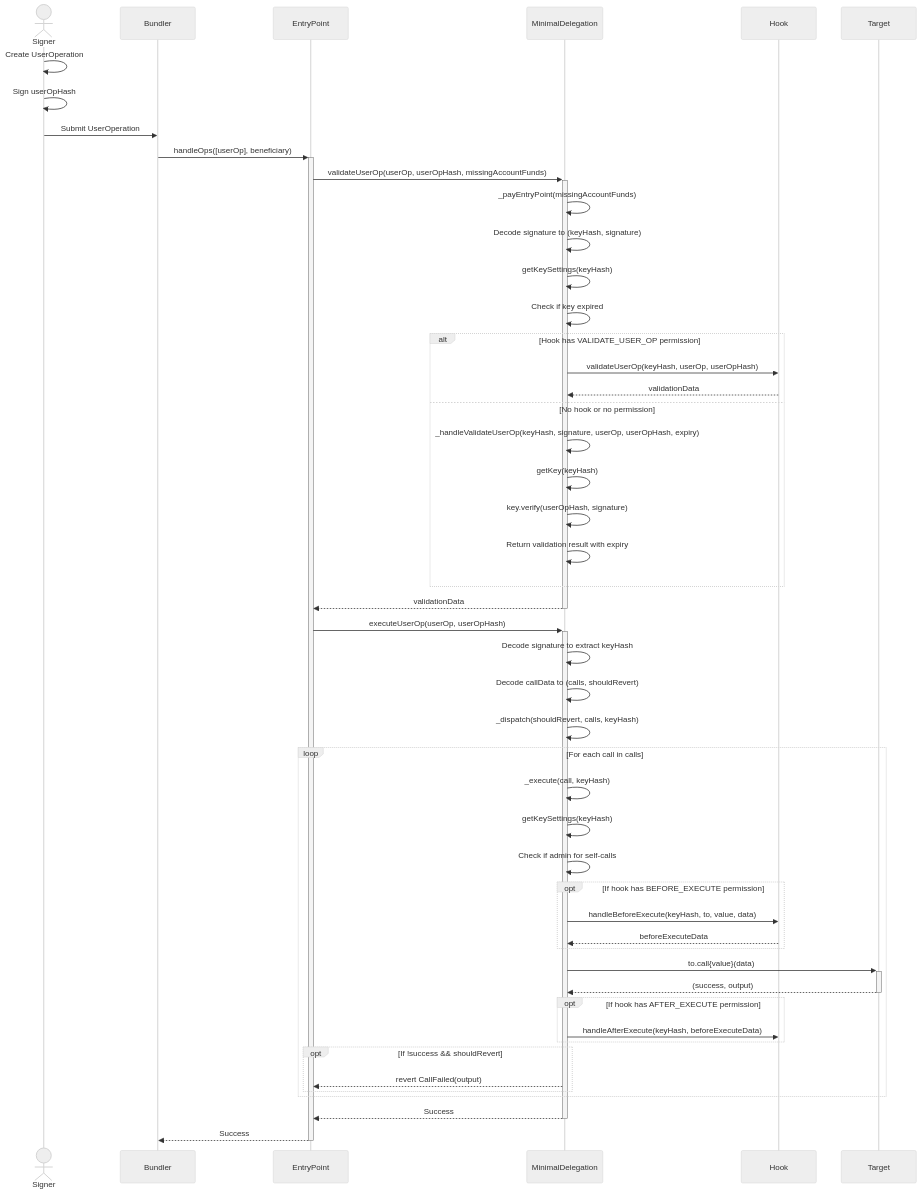
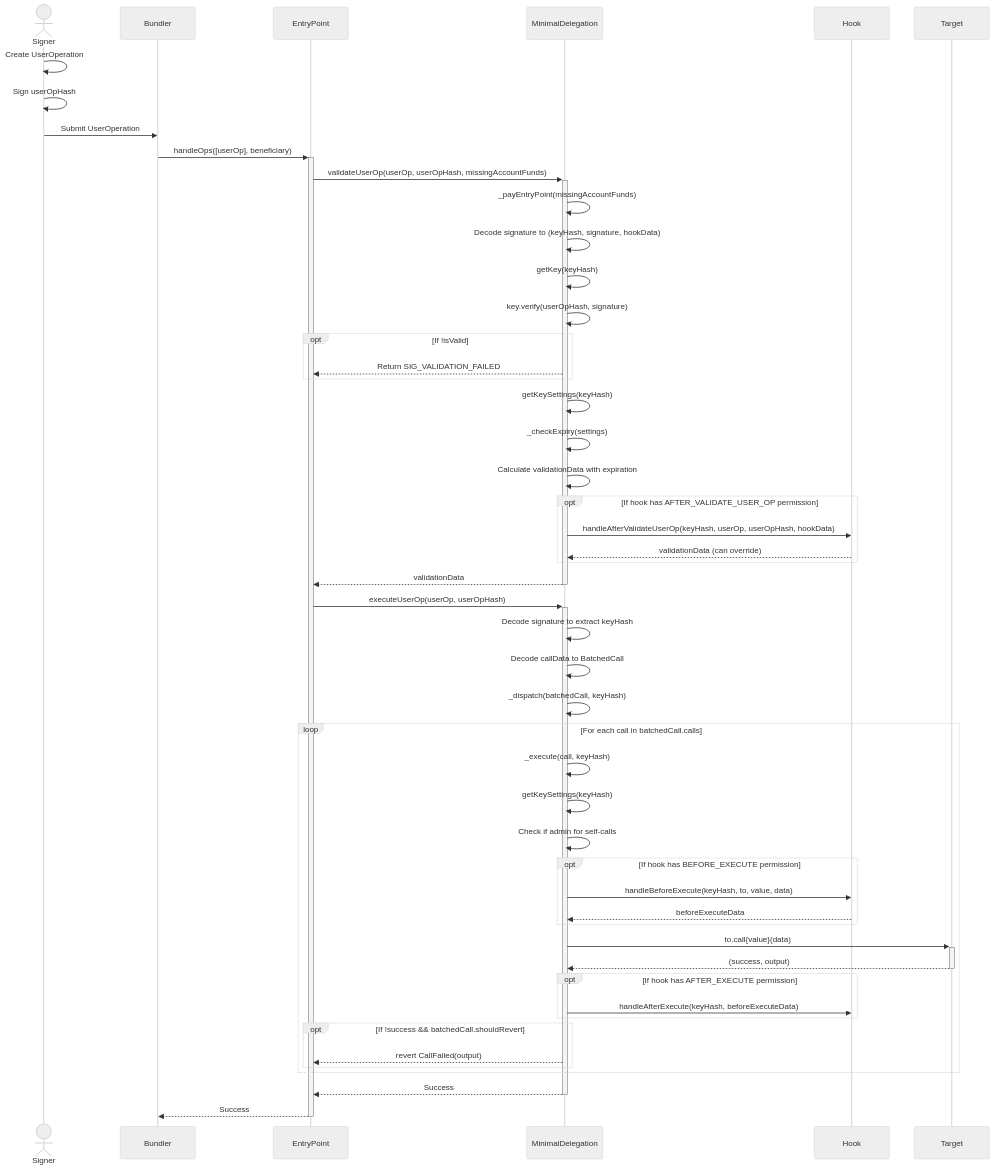
The fifth of 6 diagrams in README.md (Uniswap/minimal-delegation), drawn with Mermaid (neutral theme) before and after one commit. The commit also changed other lines of this file, not shown here.

````diff
--- a/README.md
+++ b/README.md
@@ -172,63 +246,66 @@
 ```mermaid
 sequenceDiagram
     actor Signer
     participant Bundler
     participant EntryPoint
     participant Account as MinimalDelegation
     participant Hook
     participant Target
     
     Signer->>Signer: Create UserOperation
     Signer->>Signer: Sign userOpHash
     Signer->>Bundler: Submit UserOperation
     
     Bundler->>+EntryPoint: handleOps([userOp], beneficiary)
     EntryPoint->>+Account: validateUserOp(userOp, userOpHash, missingAccountFunds)
     
     Account->>Account: _payEntryPoint(missingAccountFunds)
-    Account->>Account: Decode signature to (keyHash, signature)
+    Account->>Account: Decode signature to (keyHash, signature, hookData)
+    Account->>Account: getKey(keyHash)
+    Account->>Account: key.verify(userOpHash, signature)
+    
+    opt If !isValid
+        Account-->>EntryPoint: Return SIG_VALIDATION_FAILED
+    end
+    
     Account->>Account: getKeySettings(keyHash)
-    Account->>Account: Check if key expired
+    Account->>Account: _checkExpiry(settings)
+    Account->>Account: Calculate validationData with expiration
     
-    alt Hook has VALIDATE_USER_OP permission
-        Account->>Hook: validateUserOp(keyHash, userOp, userOpHash)
-        Hook-->>Account: validationData
-    else No hook or no permission
-        Account->>Account: _handleValidateUserOp(keyHash, signature, userOp, userOpHash, expiry)
-        Account->>Account: getKey(keyHash)
-        Account->>Account: key.verify(userOpHash, signature)
-        Account->>Account: Return validation result with expiry
+    opt If hook has AFTER_VALIDATE_USER_OP permission
+        Account->>Hook: handleAfterValidateUserOp(keyHash, userOp, userOpHash, hookData)
+        Hook-->>Account: validationData (can override)
     end
     
     Account-->>-EntryPoint: validationData
     
     EntryPoint->>+Account: executeUserOp(userOp, userOpHash)
     Account->>Account: Decode signature to extract keyHash
-    Account->>Account: Decode callData to (calls, shouldRevert)
-    Account->>Account: _dispatch(shouldRevert, calls, keyHash)
+    Account->>Account: Decode callData to BatchedCall
+    Account->>Account: _dispatch(batchedCall, keyHash)
     
-    loop For each call in calls
+    loop For each call in batchedCall.calls
         Account->>Account: _execute(call, keyHash)
         Account->>Account: getKeySettings(keyHash)
         Account->>Account: Check if admin for self-calls
         
         opt If hook has BEFORE_EXECUTE permission
             Account->>Hook: handleBeforeExecute(keyHash, to, value, data)
             Hook-->>Account: beforeExecuteData
         end
         
         Account->>+Target: to.call{value}(data)
         Target-->>-Account: (success, output)
         
         opt If hook has AFTER_EXECUTE permission
             Account->>Hook: handleAfterExecute(keyHash, beforeExecuteData)
         end
         
-        opt If !success && shouldRevert
+        opt If !success && batchedCall.shouldRevert
             Account-->>EntryPoint: revert CallFailed(output)
         end
     end
     
     Account-->>-EntryPoint: Success
     EntryPoint-->>-Bundler: Success
 ```
````
